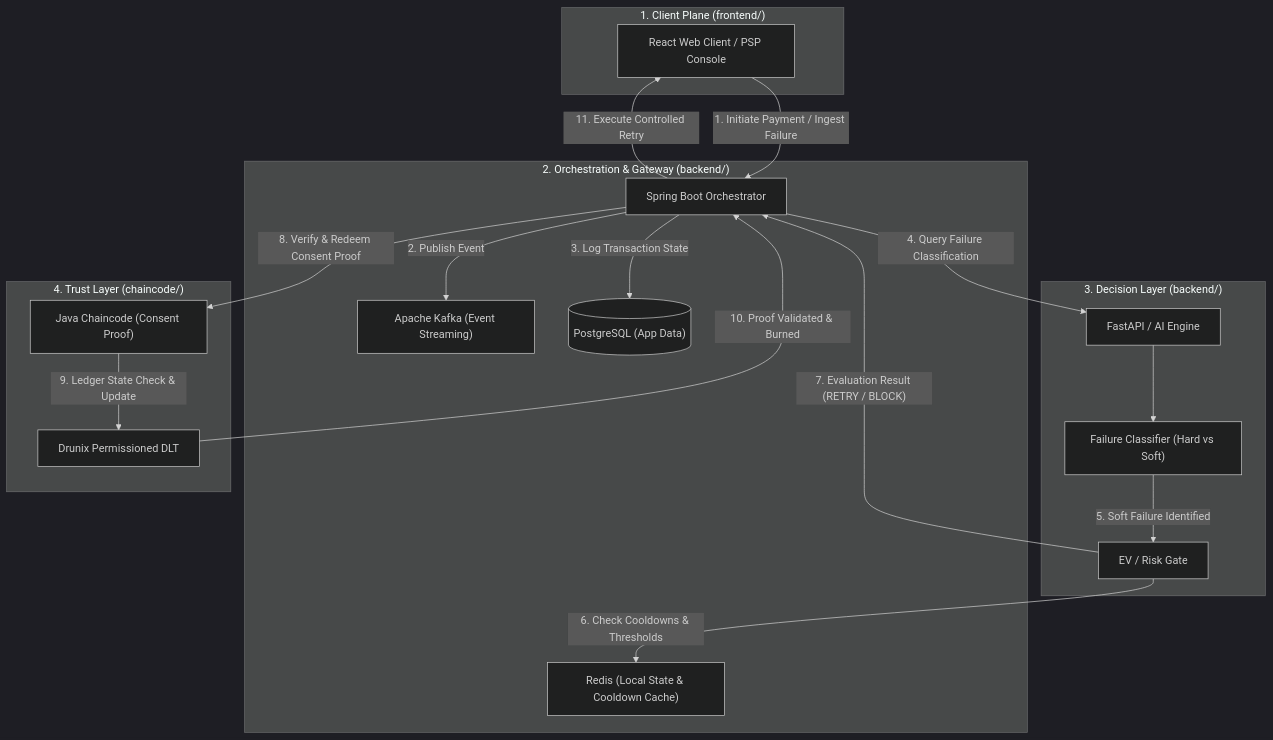
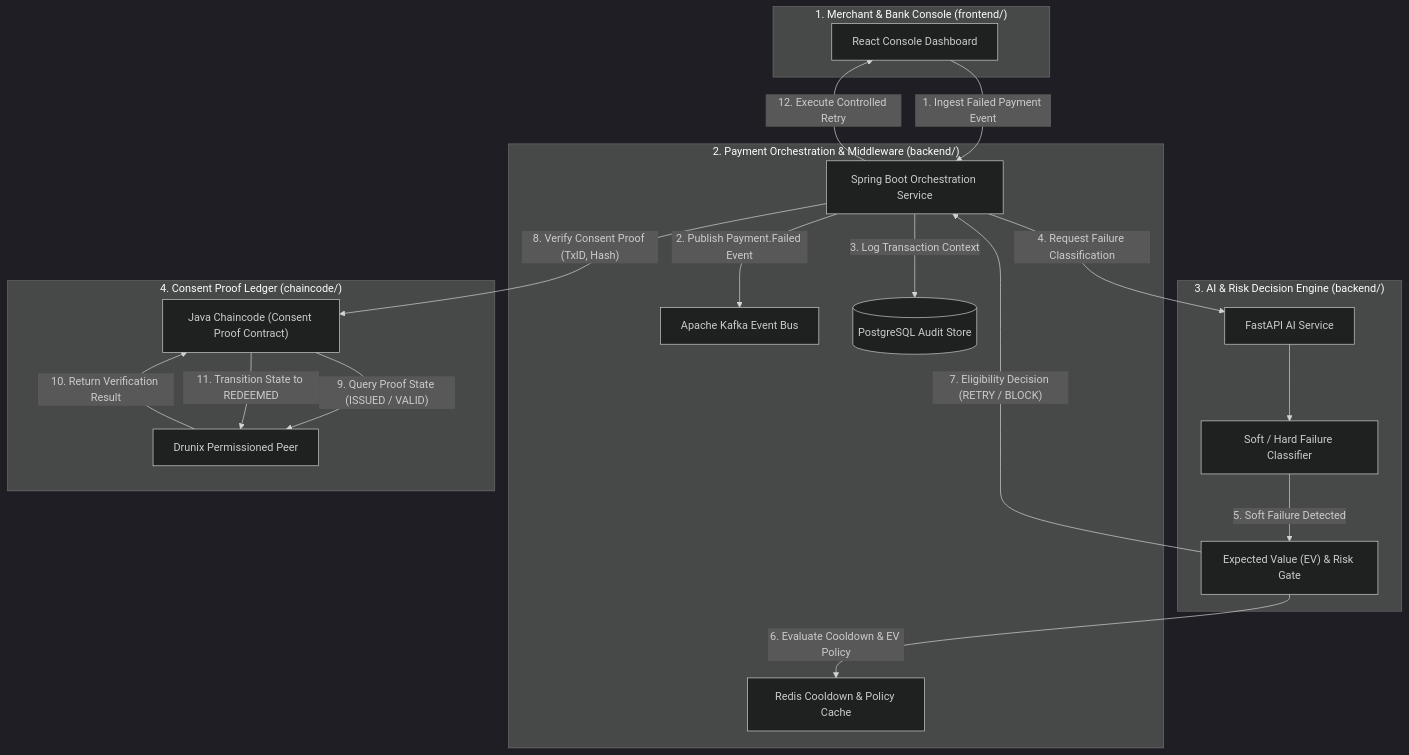
Before and after one commit to Harsh9945/BharatSetu: the first of 2 diagrams in docs/architecture.md, drawn with Mermaid (dark theme). The commit also changed other lines of this file and 1 other file, not shown here.

Commit message:
docs: finalize Drunix Hackathon Citi specs, architecture diagrams, and Oct 10-Nov 22 roadmap

````diff
--- a/docs/architecture.md
+++ b/docs/architecture.md
@@ -23,41 +25,42 @@
 ```mermaid
 flowchart TD
-    subgraph ClientPlane["1. Client Plane (frontend/)"]
-        ReactUI["React Web Client / PSP Console"]
+    subgraph ClientPlane["1. Merchant & Bank Console (frontend/)"]
+        ReactUI["React Console Dashboard"]
     end
 
-    subgraph OrchestrationLayer["2. Orchestration & Gateway (backend/)"]
-        SpringBoot["Spring Boot Orchestrator"]
-        Kafka["Apache Kafka (Event Streaming)"]
-        Redis["Redis (Local State & Cooldown Cache)"]
-        Postgres[("PostgreSQL (App Data)")]
+    subgraph OrchestrationLayer["2. Payment Orchestration & Middleware (backend/)"]
+        SpringBoot["Spring Boot Orchestration Service"]
+        Kafka["Apache Kafka Event Bus"]
+        Redis["Redis Cooldown & Policy Cache"]
+        Postgres[("PostgreSQL Audit Store")]
     end
 
-    subgraph DecisionLayer["3. Decision Layer (backend/)"]
-        FastAPI["FastAPI / AI Engine"]
-        Classifier["Failure Classifier (Hard vs Soft)"]
-        RiskGate["EV / Risk Gate"]
+    subgraph DecisionLayer["3. AI & Risk Decision Engine (backend/)"]
+        FastAPI["FastAPI AI Service"]
+        Classifier["Soft / Hard Failure Classifier"]
+        RiskGate["Expected Value (EV) & Risk Gate"]
     end
 
-    subgraph TrustLayer["4. Trust Layer (chaincode/)"]
-        DrunixLedger["Drunix Permissioned DLT"]
-        JavaChaincode["Java Chaincode (Consent Proof)"]
+    subgraph TrustLayer["4. Consent Proof Ledger (chaincode/)"]
+        DrunixNode["Drunix Permissioned Peer"]
+        JavaChaincode["Java Chaincode (Consent Proof Contract)"]
     end
 
-    %% Flow Connections
-    ReactUI -->|"1. Initiate Payment / Ingest Failure"| SpringBoot
-    SpringBoot -->|"2. Publish Event"| Kafka
-    SpringBoot -->|"3. Log Transaction State"| Postgres
+    %% Workflow Steps
+    ReactUI -->|"1. Ingest Failed Payment Event"| SpringBoot
+    SpringBoot -->|"2. Publish Payment.Failed Event"| Kafka
+    SpringBoot -->|"3. Log Transaction Context"| Postgres
 
-    SpringBoot -->|"4. Query Failure Classification"| FastAPI
+    SpringBoot -->|"4. Request Failure Classification"| FastAPI
     FastAPI --> Classifier
-    Classifier -->|"5. Soft Failure Identified"| RiskGate
-    RiskGate -->|"6. Check Cooldowns & Thresholds"| Redis
-    RiskGate -->|"7. Evaluation Result (RETRY / BLOCK)"| SpringBoot
+    Classifier -->|"5. Soft Failure Detected"| RiskGate
+    RiskGate -->|"6. Evaluate Cooldown & EV Policy"| Redis
+    RiskGate -->|"7. Eligibility Decision (RETRY / BLOCK)"| SpringBoot
 
-    SpringBoot -->|"8. Verify & Redeem Consent Proof"| JavaChaincode
-    JavaChaincode -->|"9. Ledger State Check & Update"| DrunixLedger
-    DrunixLedger -->|"10. Proof Validated & Burned"| SpringBoot
+    SpringBoot -->|"8. Verify Consent Proof (TxID, Hash)"| JavaChaincode
+    JavaChaincode -->|"9. Query Proof State (ISSUED / VALID)"| DrunixNode
+    DrunixNode -->|"10. Return Verification Result"| JavaChaincode
+    JavaChaincode -->|"11. Transition State to REDEEMED"| DrunixNode
 
-    SpringBoot -->|"11. Execute Controlled Retry"| ReactUI
+    SpringBoot -->|"12. Execute Controlled Retry"| ReactUI
 ```
````
